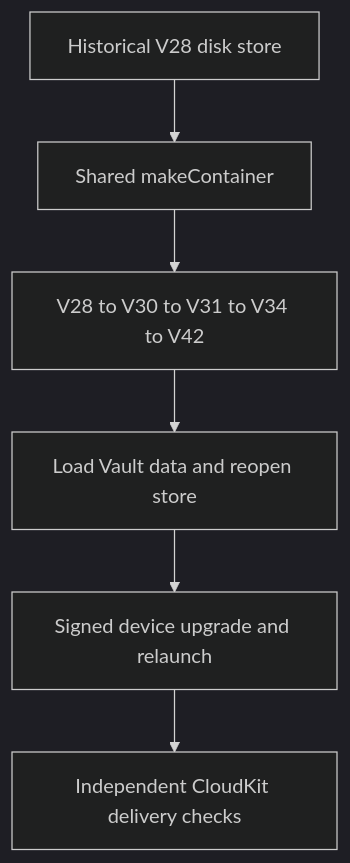
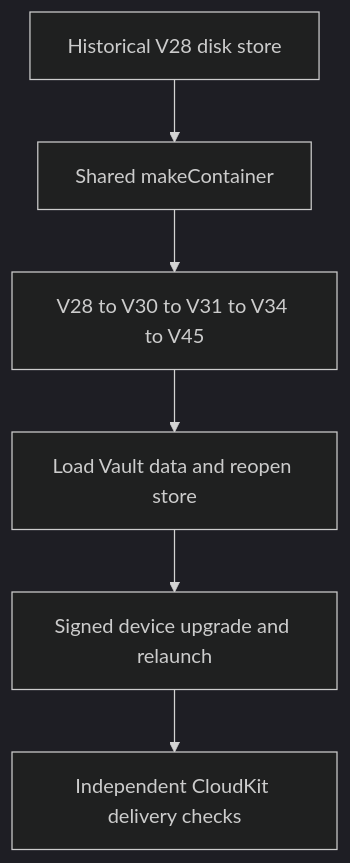
The first of 2 diagrams in openwiki/operations/cloudkit-release-readiness.md (AkinoKaede/Termind), drawn with Mermaid (dark theme) before and after one commit. The commit also changed other lines of this file and 63 other files, not shown here.

````diff
--- a/openwiki/operations/cloudkit-release-readiness.md
+++ b/openwiki/operations/cloudkit-release-readiness.md
@@ -165,8 +169,8 @@
 ```mermaid
 flowchart TD
     Fixture["Historical V28 disk store"] --> Factory["Shared makeContainer"]
-    Factory --> Local["V28 to V30 to V31 to V34 to V42"]
+    Factory --> Local["V28 to V30 to V31 to V34 to V45"]
     Local --> Verify["Load Vault data and reopen store"]
     Verify --> Device["Signed device upgrade and relaunch"]
     Device --> Cloud["Independent CloudKit delivery checks"]
 ```
````
